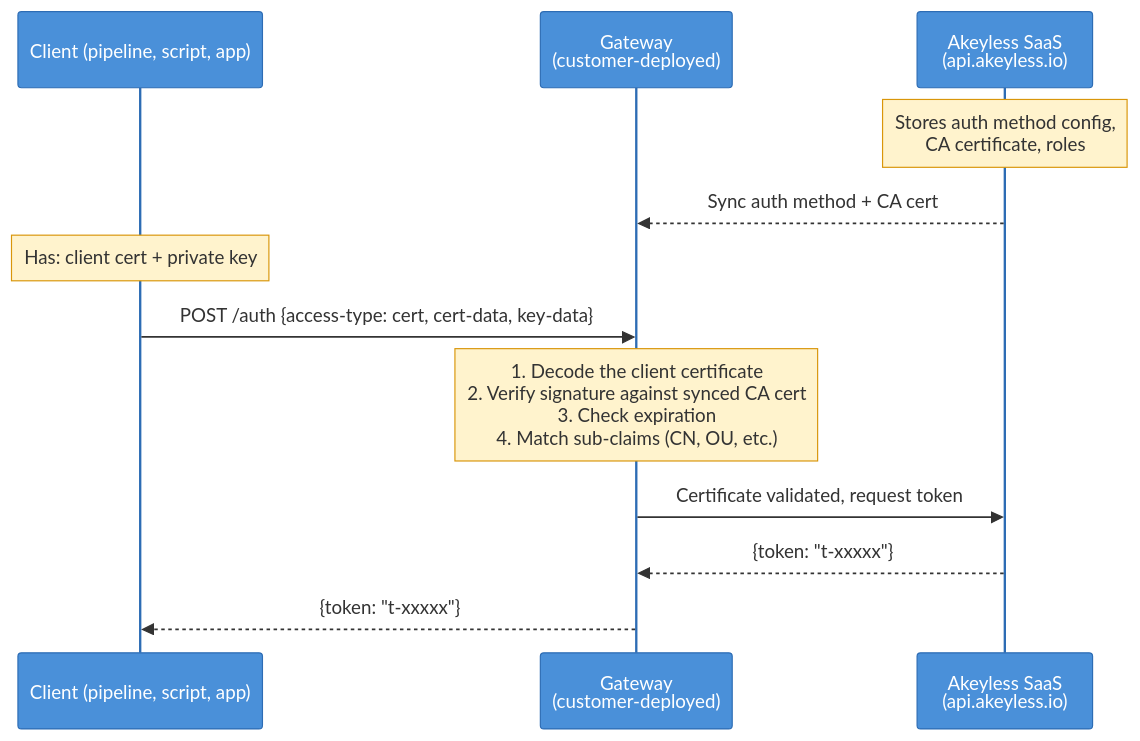
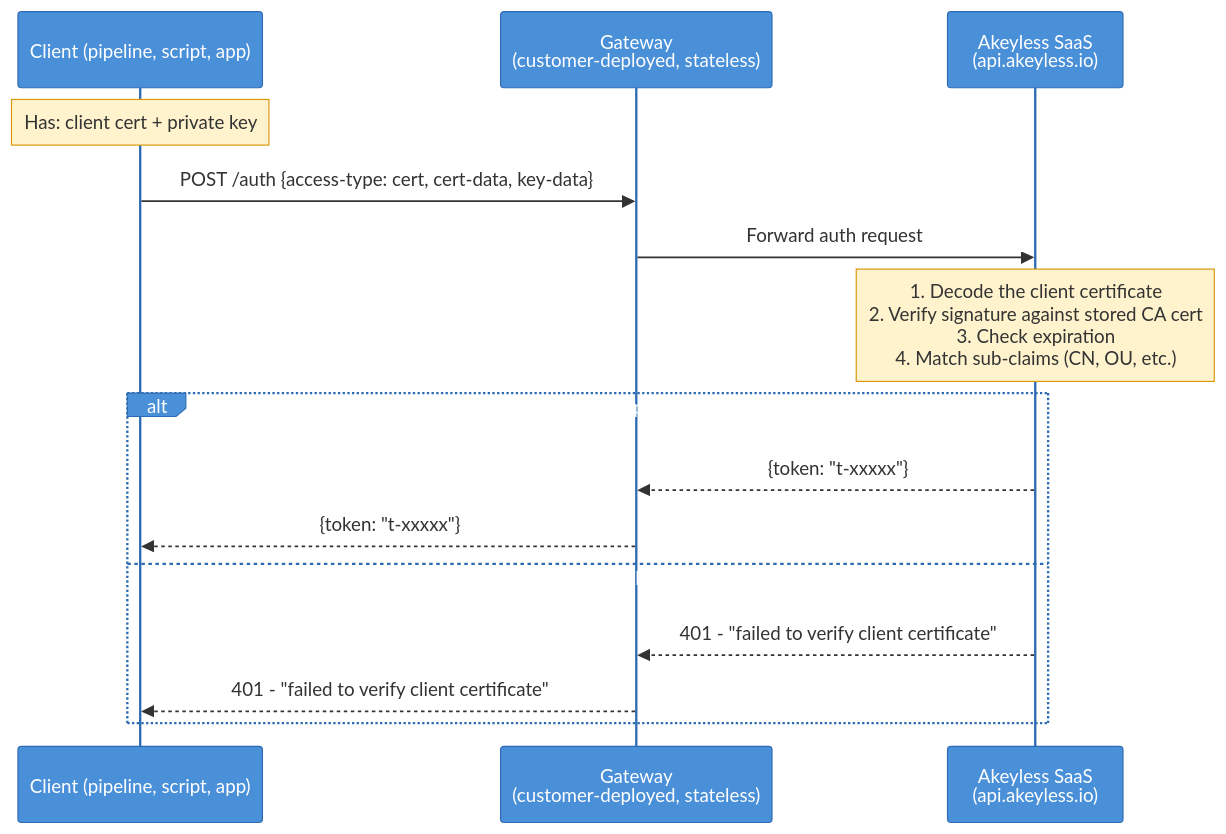
The second of 6 diagrams in README.md (Fahmy-Kadiri-akl/akeyless-certificate-auth), drawn with Mermaid before and after one commit. The commit also changed other lines of this file, not shown here.

Commit message:
Fix Gateway role: stateless proxy, not local validator

````diff
--- a/README.md
+++ b/README.md
@@ -69,33 +69,34 @@
 ```mermaid
 ---
 config:
   look: handDrawn
   theme: base
   themeVariables:
     actorBkg: "#4A90D9"
     actorTextColor: "#fff"
     actorBorder: "#2D6CB4"
     signalColor: "#333"
     noteBkgColor: "#FFF3CD"
     noteBorderColor: "#D9960A"
     noteTextColor: "#333"
 ---
 sequenceDiagram
     participant Client as Client (pipeline, script, app)
-    participant GW as Gateway<br/>(customer-deployed)
+    participant GW as Gateway<br/>(customer-deployed, stateless)
     participant AKL as Akeyless SaaS<br/>(api.akeyless.io)
-
-    Note over AKL: Stores auth method config,<br/>CA certificate, roles
-
-    AKL-->>GW: Sync auth method + CA cert
 
     Note over Client: Has: client cert + private key
 
     Client->>GW: POST /auth {access-type: cert, cert-data, key-data}
+    GW->>AKL: Forward auth request
 
-    Note over GW: 1. Decode the client certificate<br/>2. Verify signature against synced CA cert<br/>3. Check expiration<br/>4. Match sub-claims (CN, OU, etc.)
+    Note over AKL: 1. Decode the client certificate<br/>2. Verify signature against stored CA cert<br/>3. Check expiration<br/>4. Match sub-claims (CN, OU, etc.)
 
-    GW->>AKL: Certificate validated, request token
-    AKL-->>GW: {token: "t-xxxxx"}
-    GW-->>Client: {token: "t-xxxxx"}
+    alt Validation passes
+        AKL-->>GW: {token: "t-xxxxx"}
+        GW-->>Client: {token: "t-xxxxx"}
+    else Validation fails
+        AKL-->>GW: 401 - "failed to verify client certificate"
+        GW-->>Client: 401 - "failed to verify client certificate"
+    end
 ```
````
